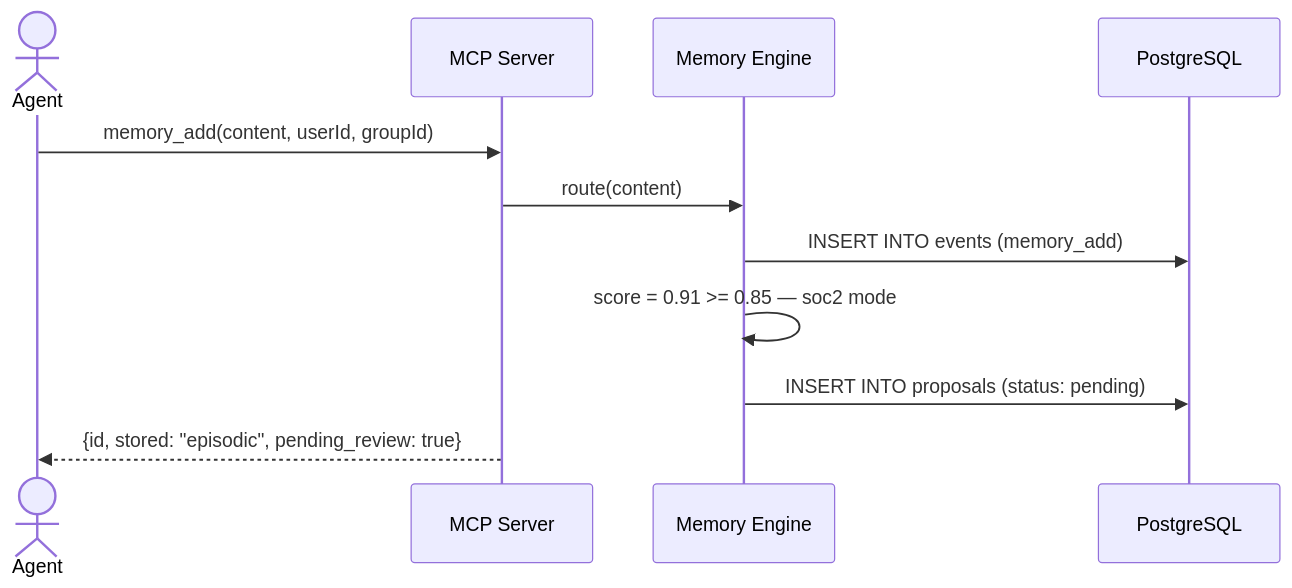
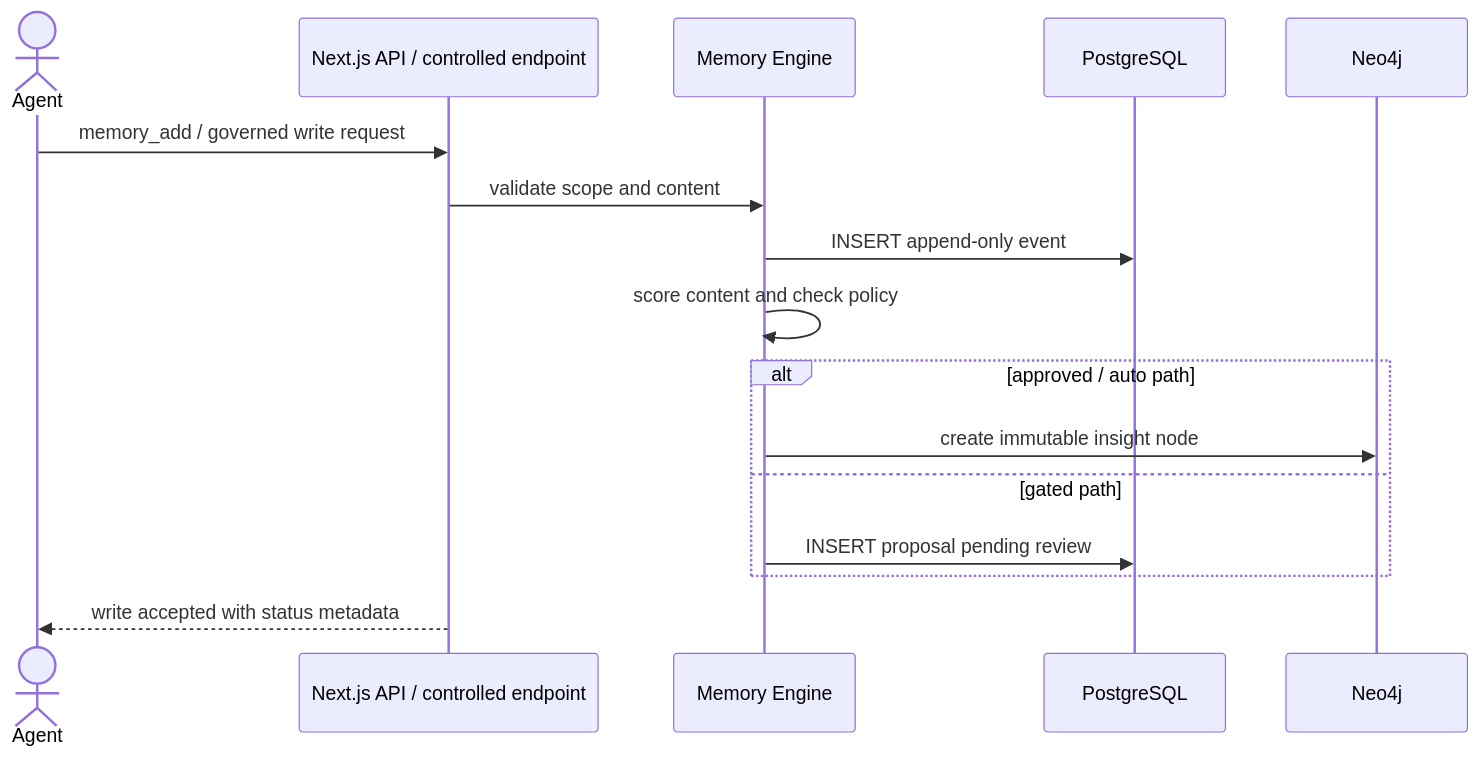
One commit to Charitablebusinessronin/Allura_Memory changed the fifth of 8 diagrams in docs/allura/SOLUTION-ARCHITECTURE.md. Above: the diagram before and after it, drawn with Mermaid. The commit also changed other lines of this file and 55 other files, not shown here.

````diff
--- a/docs/allura/SOLUTION-ARCHITECTURE.md
+++ b/docs/allura/SOLUTION-ARCHITECTURE.md
@@ -136,14 +176,19 @@
 ```mermaid
 sequenceDiagram
     actor Agent
-    participant MCP as MCP Server
+    participant API as Next.js API / controlled endpoint
     participant Engine as Memory Engine
     participant PG as PostgreSQL
+    participant N4J as Neo4j
 
-    Agent->>MCP: memory_add(content, userId, groupId)
-    MCP->>Engine: route(content)
-    Engine->>PG: INSERT INTO events (memory_add)
-    Engine->>Engine: score = 0.91 >= 0.85 — soc2 mode
-    Engine->>PG: INSERT INTO proposals (status: pending)
-    MCP-->>Agent: {id, stored: "episodic", pending_review: true}
+    Agent->>API: memory_add / governed write request
+    API->>Engine: validate scope and content
+    Engine->>PG: INSERT append-only event
+    Engine->>Engine: score content and check policy
+    alt approved / auto path
+        Engine->>N4J: create immutable insight node
+    else gated path
+        Engine->>PG: INSERT proposal pending review
+    end
+    API-->>Agent: write accepted with status metadata
 ```
````
